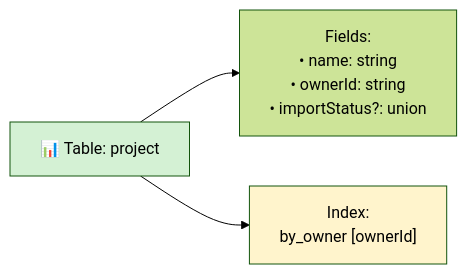
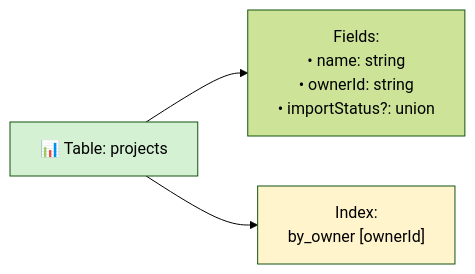
One commit to Code-with-Jok/v0-dev changed the fourth of 5 diagrams in docs/business-logic-mindmap.md. Above: the diagram before and after it, drawn with Mermaid (forest theme). The commit also changed other lines of this file and 22 other files, not shown here.

Commit message:
feat: Introduce projects feature with Convex schema, UI components, and documentation, removing sample data.

````diff
--- a/docs/business-logic-mindmap.md
+++ b/docs/business-logic-mindmap.md
@@ -275,14 +145,14 @@
 ```mermaid
 graph LR
-    ProjectTable["📊 Table: project"]
+    ProjectTable["📊 Table: projects"]
 
     Fields["Fields:<br/>• name: string<br/>• ownerId: string<br/>• importStatus?: union"]
 
     Index["Index:<br/>by_owner [ownerId]"]
 
     ProjectTable --> Fields
     ProjectTable --> Index
 
     style ProjectTable fill:#d4f1d4
     style Index fill:#fff4cc
 ```
````
